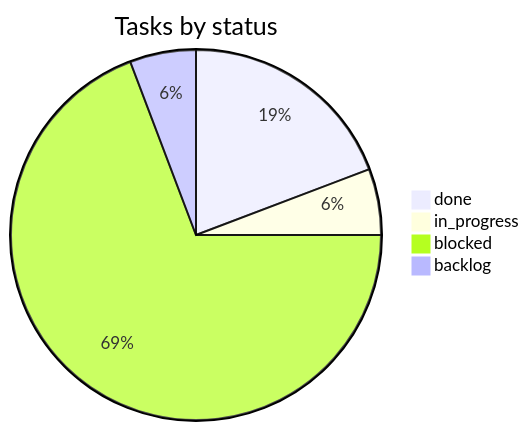
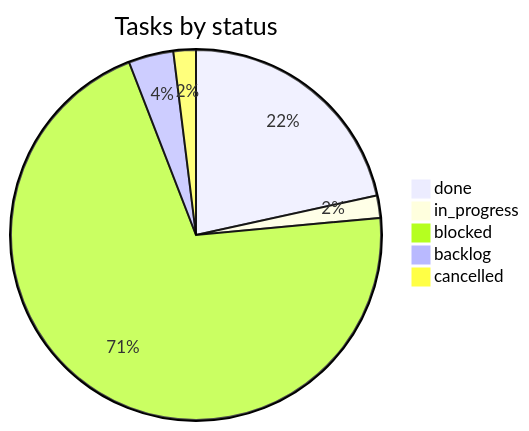
One commit to vulcanflow/docs changed the second of 2 diagrams in PROGRESS.md. Above: the diagram before and after it, drawn with Mermaid. The commit also changed other lines of this file and 1 other file, not shown here.

Commit message:
progress: 1 delivery (VFL-52), 1 status change (VFL-51) (#57)

````diff
--- a/PROGRESS.md
+++ b/PROGRESS.md
@@ -56,7 +58,8 @@
 ```mermaid
 pie title Tasks by status
-  "done" : 10
-  "in_progress" : 3
+  "done" : 11
+  "in_progress" : 1
   "blocked" : 36
-  "backlog" : 3
+  "backlog" : 2
+  "cancelled" : 1
 ```
````
